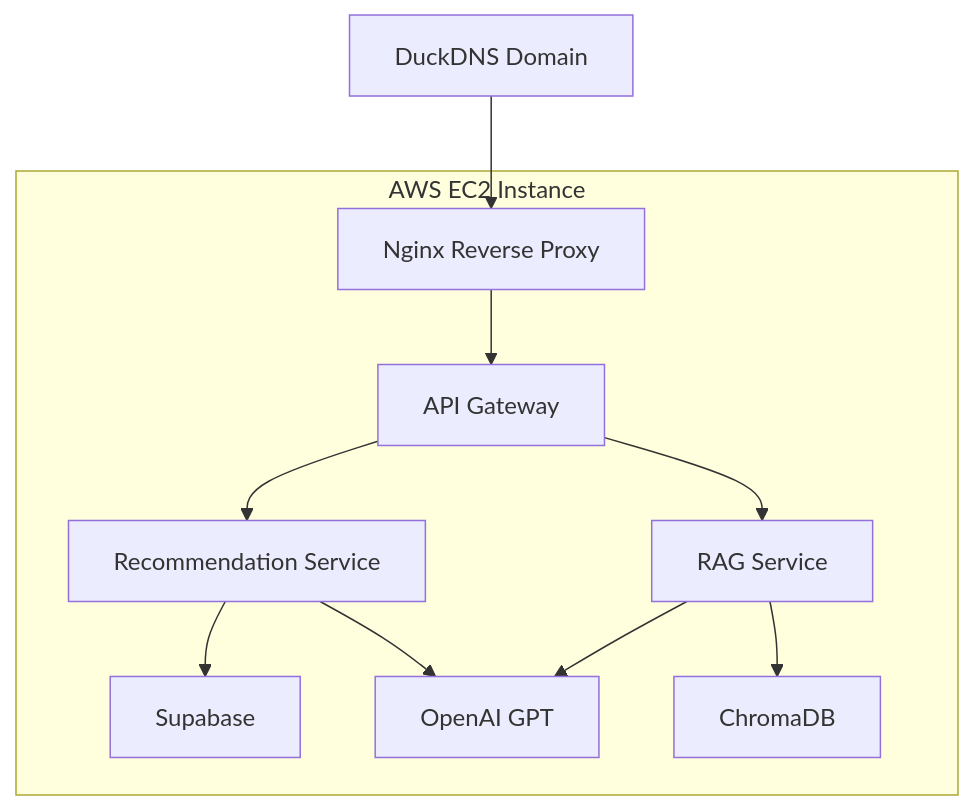
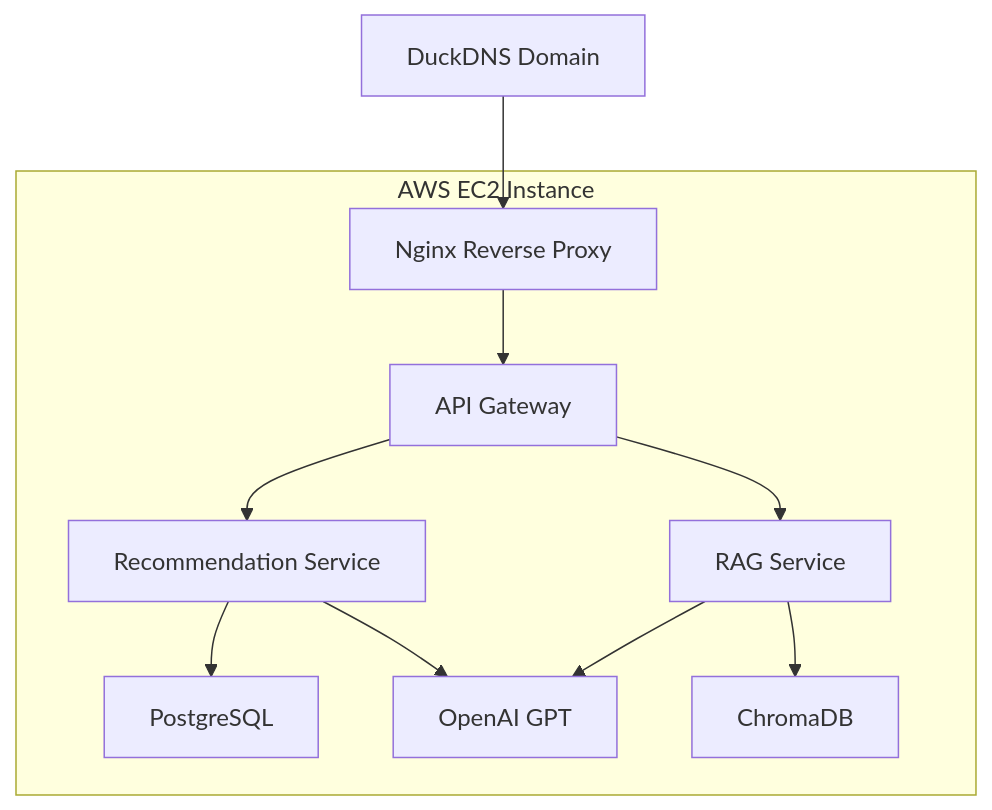
The fourth of 4 diagrams in README.md (ajaysathriai-afk/cardwise-ai-platform), drawn with Mermaid before and after one commit. The commit also changed other lines of this file, not shown here.

````diff
--- a/README.md
+++ b/README.md
@@ -144,25 +165,25 @@
 ```mermaid
 flowchart TD
 
 A[DuckDNS Domain]
 
 A --> B[Nginx Reverse Proxy]
 
 subgraph AWS EC2 Instance
 
 B --> C[API Gateway]
 
 C --> D[Recommendation Service]
 
 C --> E[RAG Service]
 
-D --> F[Supabase]
+D --> F[PostgreSQL]
 
 D --> G[OpenAI GPT]
 
 E --> H[ChromaDB]
 
 E --> G
 
 end
 ```
````
